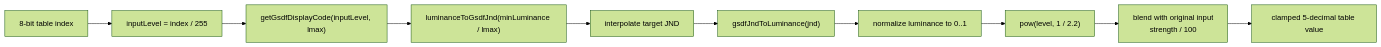
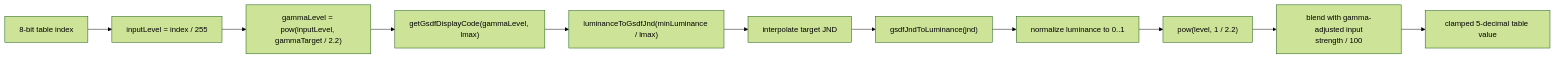
The second of 3 diagrams in docs/gsdf-model.md (pingqLIN/gsdf-eotf-video-adjuster), drawn with Mermaid (forest theme) before and after one commit. The commit also changed other lines of this file and 14 other files, not shown here.

Commit message:
feat: add pre-GSDF gamma compensation

````diff
--- a/docs/gsdf-model.md
+++ b/docs/gsdf-model.md
@@ -95,12 +101,13 @@
 ```mermaid
 flowchart LR
   A["8-bit table index"] --> B["inputLevel = index / 255"]
-  B --> C["getGsdfDisplayCode(inputLevel, lmax)"]
-  C --> D["luminanceToGsdfJnd(minLuminance / lmax)"]
-  D --> E["interpolate target JND"]
-  E --> F["gsdfJndToLuminance(jnd)"]
-  F --> G["normalize luminance to 0..1"]
-  G --> H["pow(level, 1 / 2.2)"]
-  H --> I["blend with original input<br/>strength / 100"]
-  I --> J["clamped 5-decimal table value"]
+  B --> C["gammaLevel = pow(inputLevel, gammaTarget / 2.2)"]
+  C --> D["getGsdfDisplayCode(gammaLevel, lmax)"]
+  D --> E["luminanceToGsdfJnd(minLuminance / lmax)"]
+  E --> F["interpolate target JND"]
+  F --> G["gsdfJndToLuminance(jnd)"]
+  G --> H["normalize luminance to 0..1"]
+  H --> I["pow(level, 1 / 2.2)"]
+  I --> J["blend with gamma-adjusted input<br/>strength / 100"]
+  J --> K["clamped 5-decimal table value"]
 ```
````
